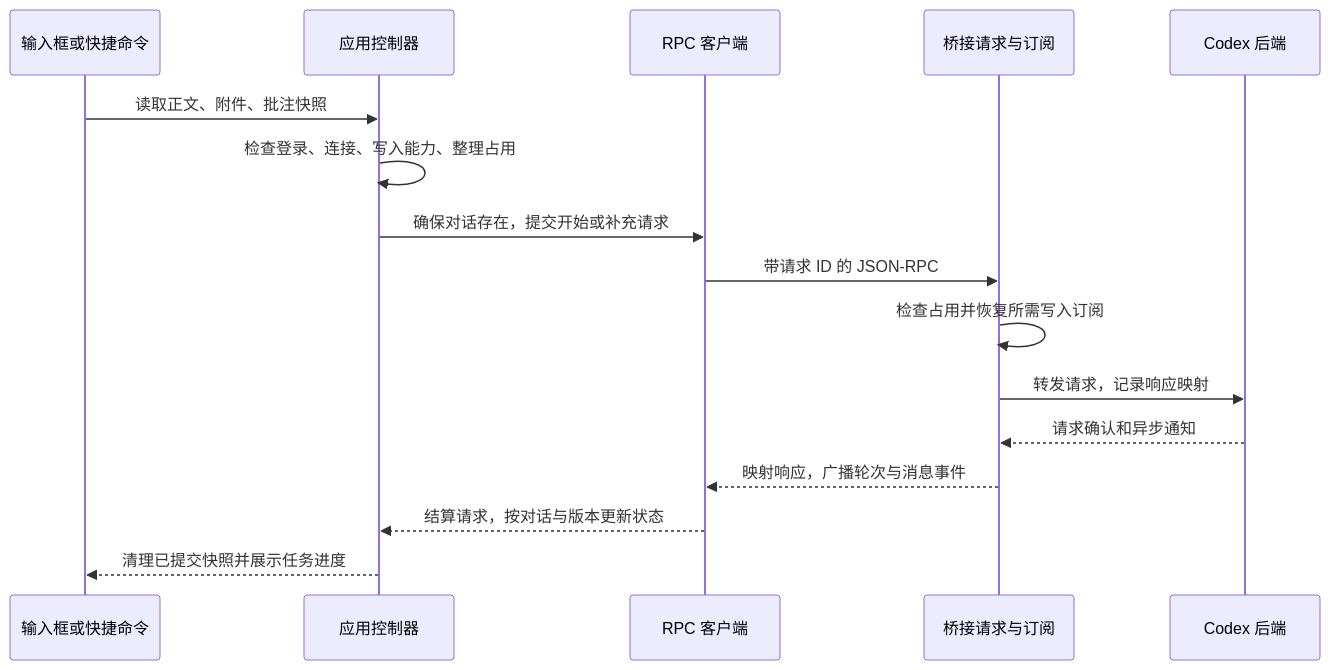
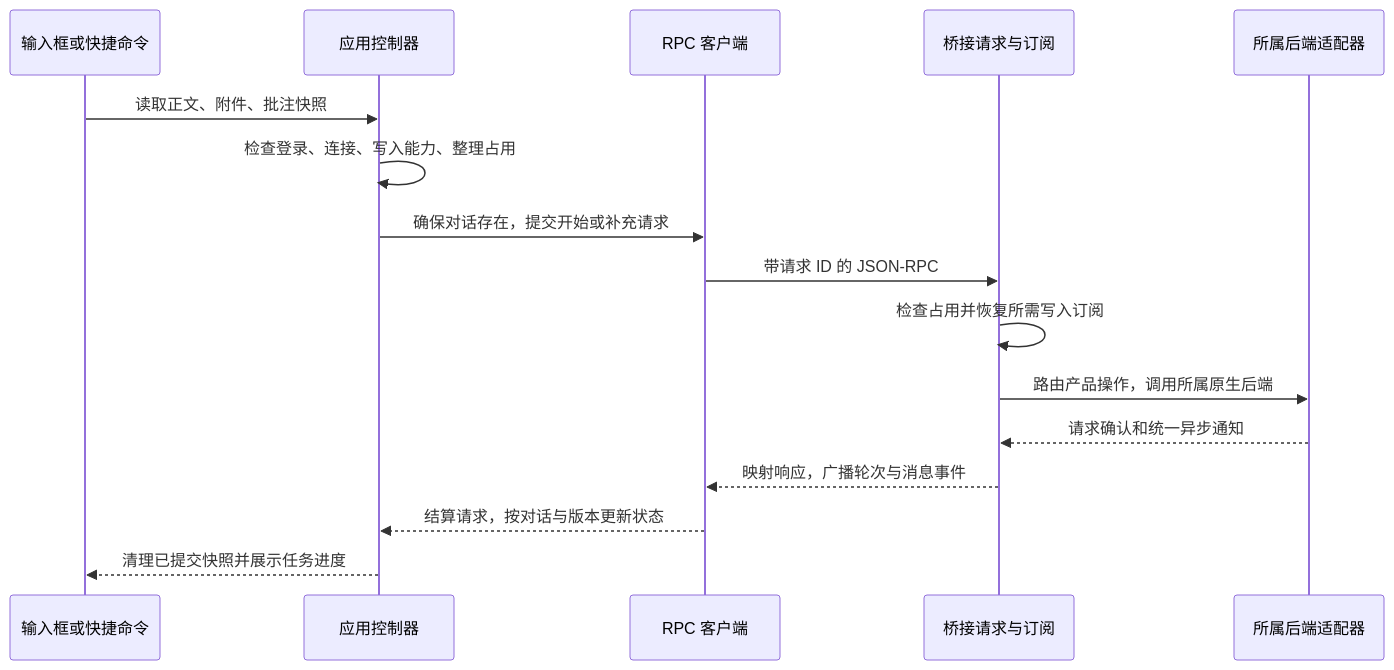
One commit to cuihongkang/codex-claude-web changed the third of 3 diagrams in docs/architecture.md. Above: the diagram before and after it, drawn with Mermaid. The commit also changed other lines of this file and 34 other files, not shown here.

````diff
--- a/docs/architecture.md
+++ b/docs/architecture.md
@@ -136,18 +138,18 @@
 ```mermaid
 sequenceDiagram
   participant UI as 输入框或快捷命令
   participant App as 应用控制器
   participant RPC as RPC 客户端
   participant Bridge as 桥接请求与订阅
-  participant Codex as Codex 后端
+  participant Backend as 所属后端适配器
   UI->>App: 读取正文、附件、批注快照
   App->>App: 检查登录、连接、写入能力、整理占用
   App->>RPC: 确保对话存在，提交开始或补充请求
   RPC->>Bridge: 带请求 ID 的 JSON-RPC
   Bridge->>Bridge: 检查占用并恢复所需写入订阅
-  Bridge->>Codex: 转发请求，记录响应映射
-  Codex-->>Bridge: 请求确认和异步通知
+  Bridge->>Backend: 路由产品操作，调用所属原生后端
+  Backend-->>Bridge: 请求确认和统一异步通知
   Bridge-->>RPC: 映射响应，广播轮次与消息事件
   RPC-->>App: 结算请求，按对话与版本更新状态
   App-->>UI: 清理已提交快照并展示任务进度
 ```
````
